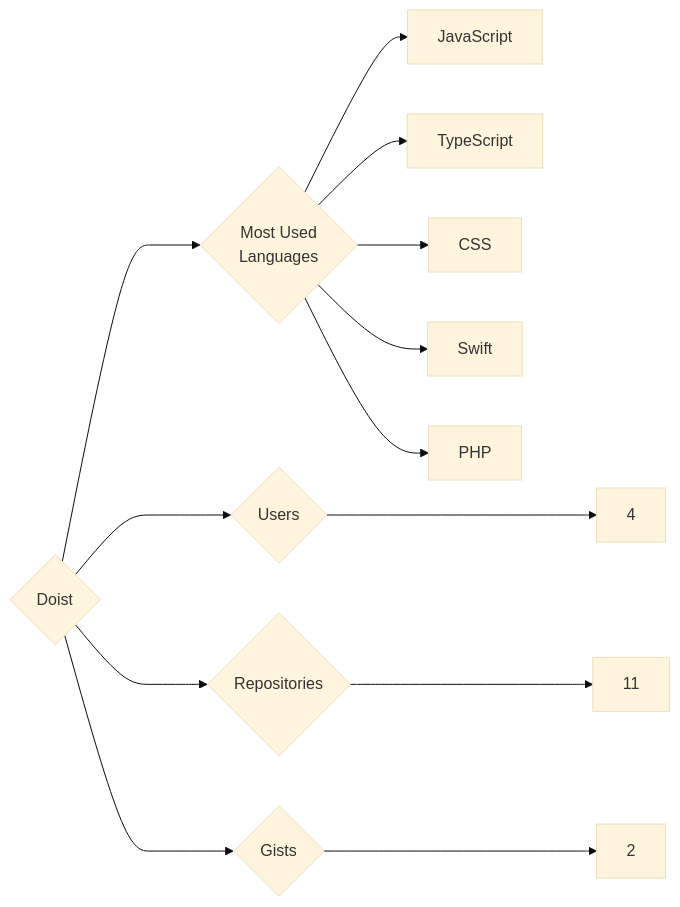
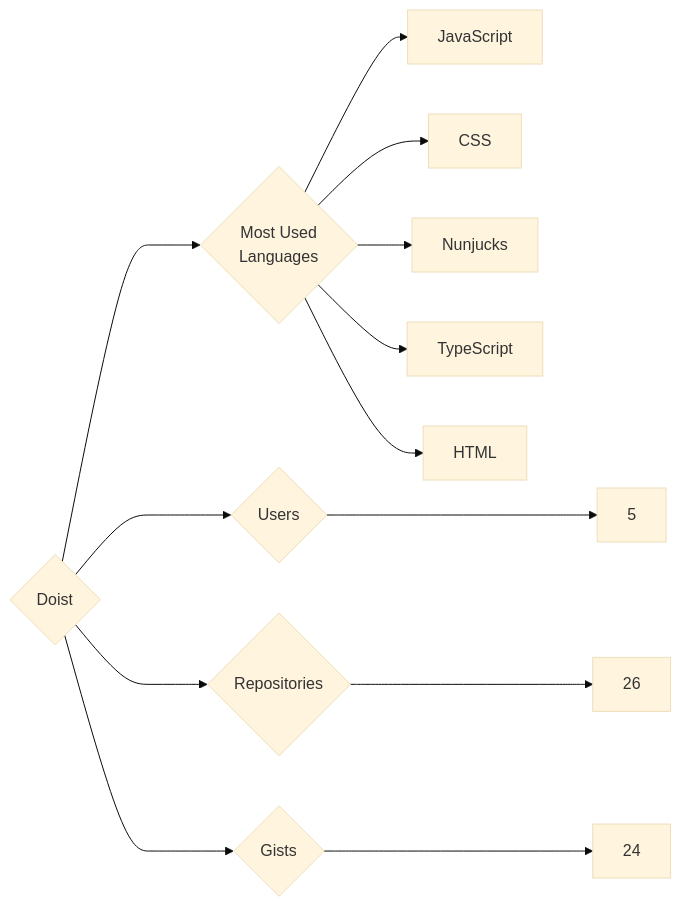
One commit to trickest/insiders changed the diagram in targets/Doist/README.md. Above: the diagram before and after it, drawn with Mermaid (base theme). The commit also changed 1023 other files, not shown here.

````diff
--- a/targets/Doist/README.md
+++ b/targets/Doist/README.md
@@ -3,13 +3,13 @@
 ```mermaid
 graph LR
 COMPANY_NAME{Doist}
-COMPANY_NAME ---> U{Users} ---> UN[4]
-COMPANY_NAME ---> R{Repositories} ---> RN[11]
-COMPANY_NAME ---> G{Gists} ---> GN[2]
+COMPANY_NAME ---> U{Users} ---> UN[5]
+COMPANY_NAME ---> R{Repositories} ---> RN[26]
+COMPANY_NAME ---> G{Gists} ---> GN[24]
 COMPANY_NAME ---> ML{Most Used<br>Languages}
 ML --> JavaScript[JavaScript]
+ML --> CSS[CSS]
+ML --> Nunjucks[Nunjucks]
 ML --> TypeScript[TypeScript]
-ML --> CSS[CSS]
-ML --> Swift[Swift]
-ML --> PHP[PHP]
+ML --> HTML[HTML]
 ```
````
